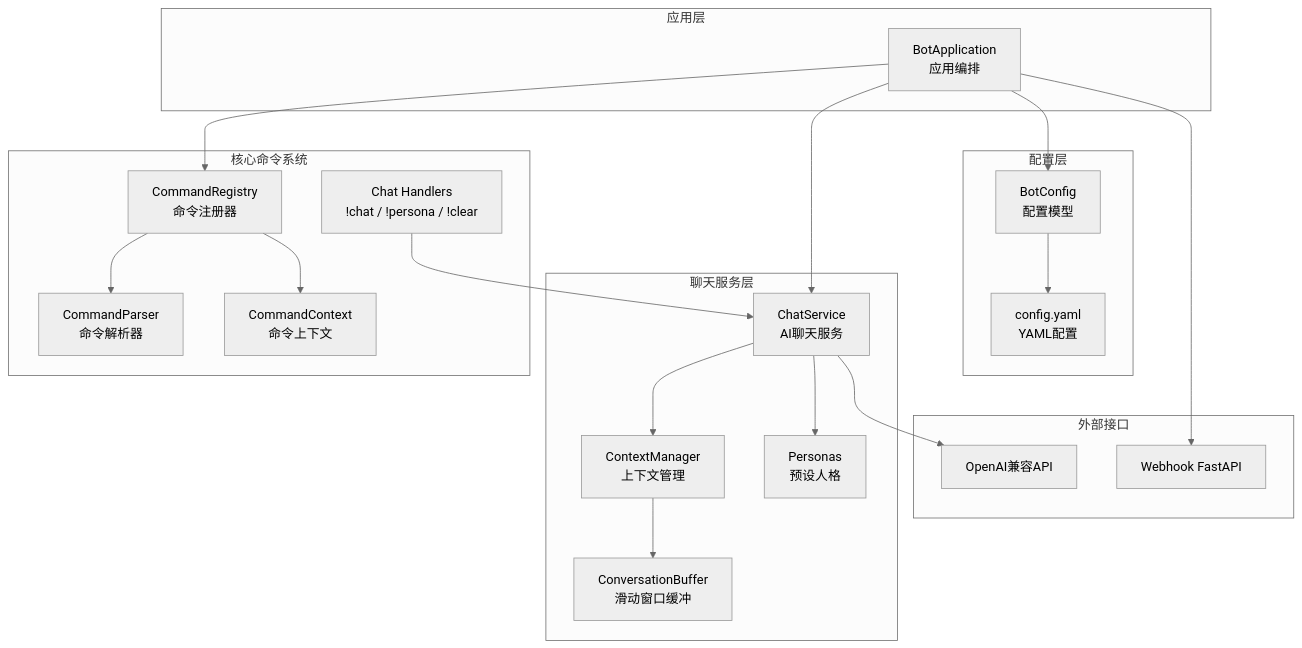
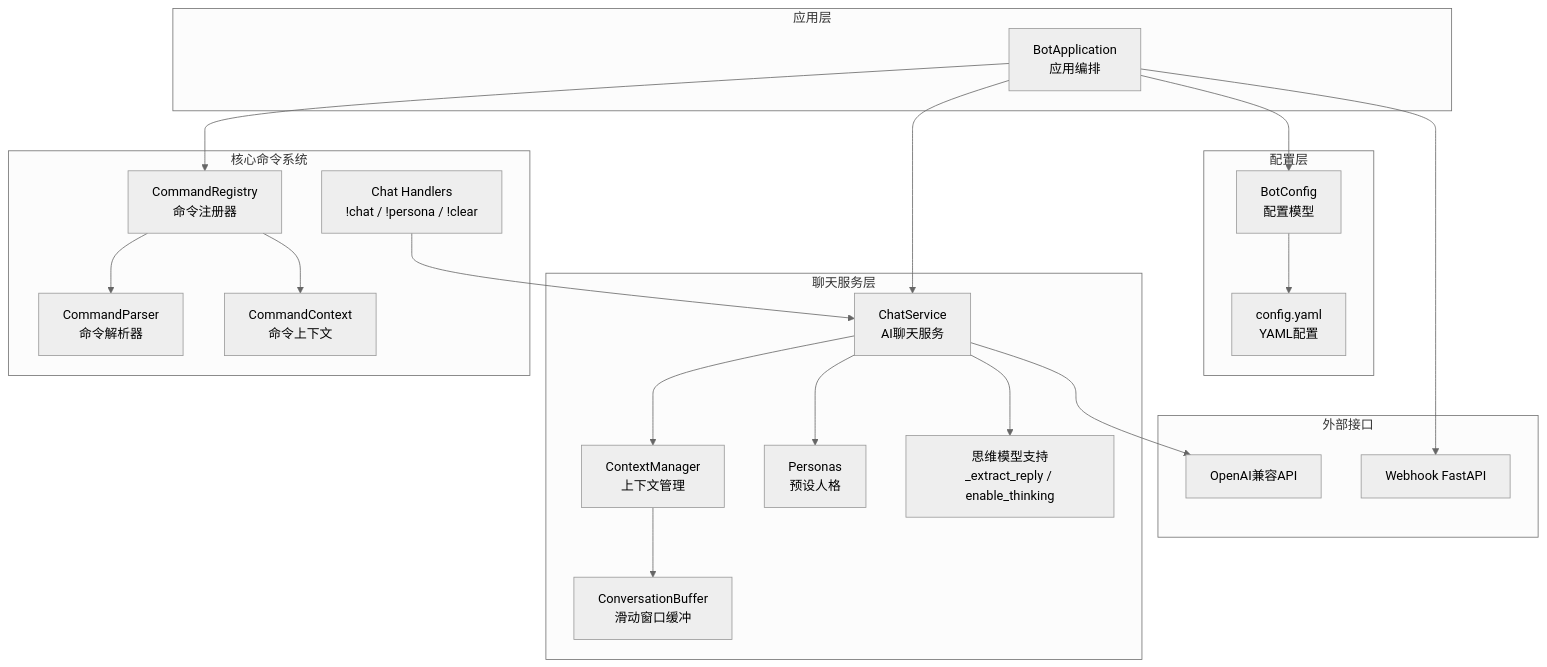
The first of 8 diagrams in .qoder/repowiki/zh/content/AI聊天服务/AI聊天服务.md (GhoulOwl/Teamspeak3_Bot), drawn with Mermaid (neutral theme) before and after one commit. The commit also changed other lines of this file and 13 other files, not shown here.

````diff
--- a/.qoder/repowiki/zh/content/AI聊天服务/AI聊天服务.md
+++ b/.qoder/repowiki/zh/content/AI聊天服务/AI聊天服务.md
@@ -49,38 +50,40 @@
 ```mermaid
 graph TB
 subgraph "应用层"
 APP["BotApplication<br/>应用编排"]
 end
 subgraph "核心命令系统"
 REG["CommandRegistry<br/>命令注册器"]
 PARSE["CommandParser<br/>命令解析器"]
 CTX["CommandContext<br/>命令上下文"]
 CHATHDL["Chat Handlers<br/>!chat / !persona / !clear"]
 end
 subgraph "聊天服务层"
 CS["ChatService<br/>AI聊天服务"]
 CM["ContextManager<br/>上下文管理"]
 CB["ConversationBuffer<br/>滑动窗口缓冲"]
 PERS["Personas<br/>预设人格"]
+THINK["思维模型支持<br/>_extract_reply / enable_thinking"]
 end
 subgraph "配置层"
 CFG["BotConfig<br/>配置模型"]
 YML["config.yaml<br/>YAML配置"]
 end
 subgraph "外部接口"
 OAI["OpenAI兼容API"]
 WEBHOOK["Webhook FastAPI"]
 end
 APP --> REG
 APP --> CS
 APP --> CFG
 REG --> PARSE
 REG --> CTX
 CHATHDL --> CS
 CS --> CM
 CM --> CB
 CS --> PERS
+CS --> THINK
 CS --> OAI
 APP --> WEBHOOK
 CFG --> YML
 ```
````
